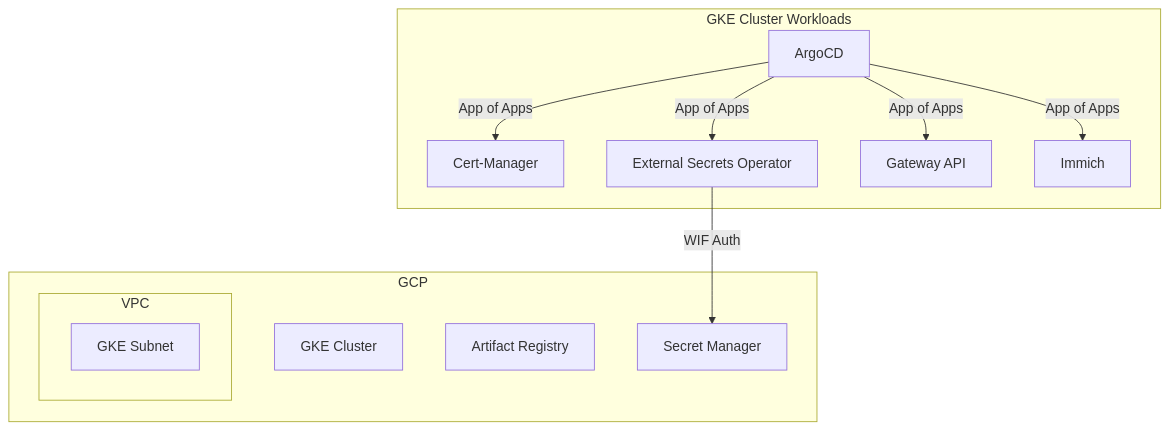
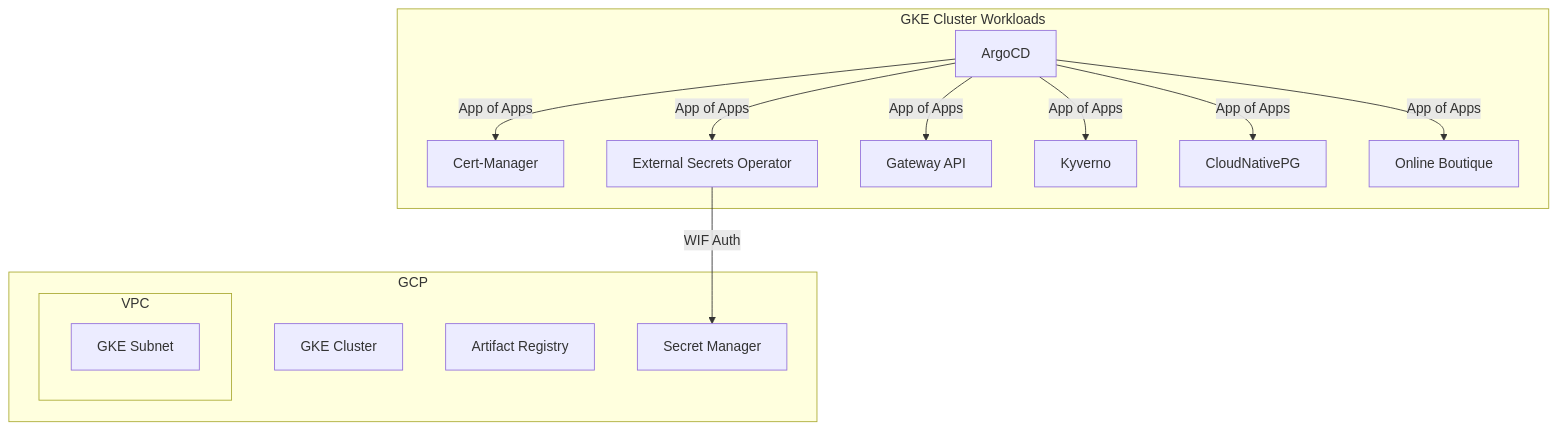
One commit to Aishwaryaa12/gke-argocd changed the diagram in README.md. Above: the diagram before and after it, drawn with Mermaid. The commit also changed other lines of this file and 3 other files, not shown here.

Commit message:
fix: revert eso placeholder, clean up stale README references, and harden online-boutique helm chart

````diff
--- a/README.md
+++ b/README.md
@@ -9,25 +9,29 @@
 ```mermaid
 graph TD
     subgraph GCP
         subgraph VPC
             Subnet[GKE Subnet]
         end
         GKE[GKE Cluster]
         AR[Artifact Registry]
         SM[Secret Manager]
     end
 
     subgraph "GKE Cluster Workloads"
         ArgoCD[ArgoCD]
         CertManager[Cert-Manager]
         ESO[External Secrets Operator]
         GatewayAPI[Gateway API]
-        Immich[Immich]
+        Kyverno[Kyverno]
+        CNPG[CloudNativePG]
+        OnlineBoutique[Online Boutique]
     end
 
     ArgoCD -->|App of Apps| CertManager
     ArgoCD -->|App of Apps| ESO
     ArgoCD -->|App of Apps| GatewayAPI
-    ArgoCD -->|App of Apps| Immich
+    ArgoCD -->|App of Apps| Kyverno
+    ArgoCD -->|App of Apps| CNPG
+    ArgoCD -->|App of Apps| OnlineBoutique
     ESO -->|WIF Auth| SM
 ```
````
